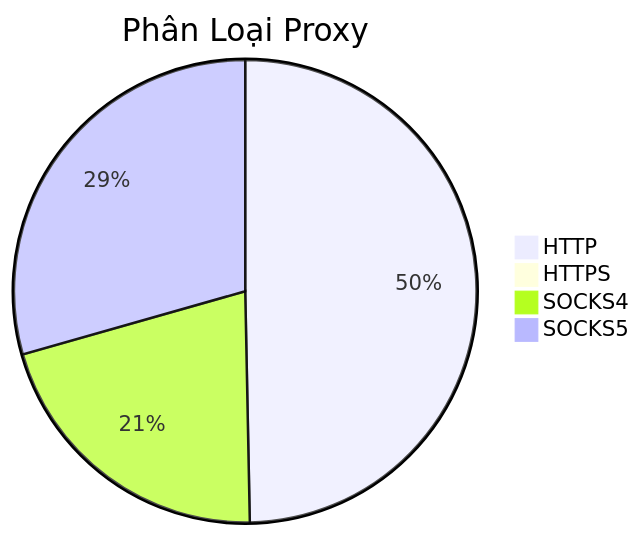
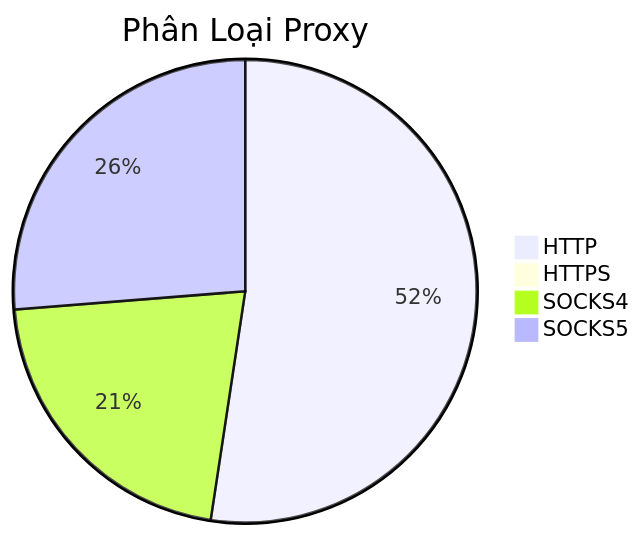
Before and after one commit to Ciara-12/PROXY-free: the diagram in README.md, drawn with Mermaid. The commit also changed other lines of this file and 4 other files, not shown here.

````diff
--- a/README.md
+++ b/README.md
@@ -26,7 +26,7 @@
 ```mermaid
 pie title Phân Loại Proxy
-    "HTTP" : 708
-    "HTTPS" : 0
-    "SOCKS4" : 298
-    "SOCKS5" : 419
+    "HTTP" : 746
+    "HTTPS" : 2
+    "SOCKS4" : 304
+    "SOCKS5" : 374
 ```
````
